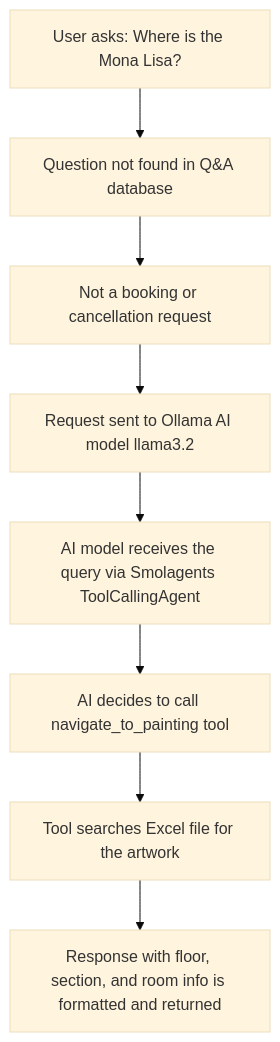
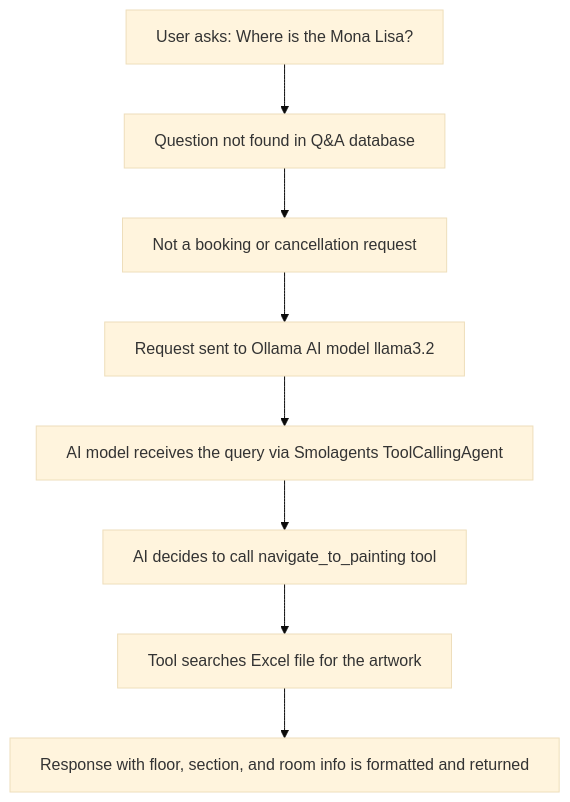
Before and after one commit to chaitanyasaiyerra/Musuem-chatbot: the eighth of 15 diagrams in STEP_BY_STEP_GUIDE.md, drawn with Mermaid (base theme). The commit also changed other lines of this file and 1 other file, not shown here.

Commit message:
docs: replace spaces with nbsp in mermaid diagrams to force single-line rendering

````diff
--- a/STEP_BY_STEP_GUIDE.md
+++ b/STEP_BY_STEP_GUIDE.md
@@ -128,10 +128,10 @@
 ```mermaid
 graph TD
-    A["User asks: Where is the Mona Lisa?"] --> B["Question not found in Q&A database"]
-    B --> C["Not a booking or cancellation request"]
-    C --> D["Request sent to Ollama AI model llama3.2"]
-    D --> E["AI model receives the query via Smolagents ToolCallingAgent"]
-    E --> F["AI decides to call navigate_to_painting tool"]
-    F --> G["Tool searches Excel file for the artwork"]
-    G --> H["Response with floor, section, and room info is formatted and returned"]
+    A["User&nbsp;asks:&nbsp;Where&nbsp;is&nbsp;the&nbsp;Mona&nbsp;Lisa?"] --> B["Question&nbsp;not&nbsp;found&nbsp;in&nbsp;Q&A&nbsp;database"]
+    B --> C["Not&nbsp;a&nbsp;booking&nbsp;or&nbsp;cancellation&nbsp;request"]
+    C --> D["Request&nbsp;sent&nbsp;to&nbsp;Ollama&nbsp;AI&nbsp;model&nbsp;llama3.2"]
+    D --> E["AI&nbsp;model&nbsp;receives&nbsp;the&nbsp;query&nbsp;via&nbsp;Smolagents&nbsp;ToolCallingAgent"]
+    E --> F["AI&nbsp;decides&nbsp;to&nbsp;call&nbsp;navigate_to_painting&nbsp;tool"]
+    F --> G["Tool&nbsp;searches&nbsp;Excel&nbsp;file&nbsp;for&nbsp;the&nbsp;artwork"]
+    G --> H["Response&nbsp;with&nbsp;floor,&nbsp;section,&nbsp;and&nbsp;room&nbsp;info&nbsp;is&nbsp;formatted&nbsp;and&nbsp;returned"]
 ```
````
